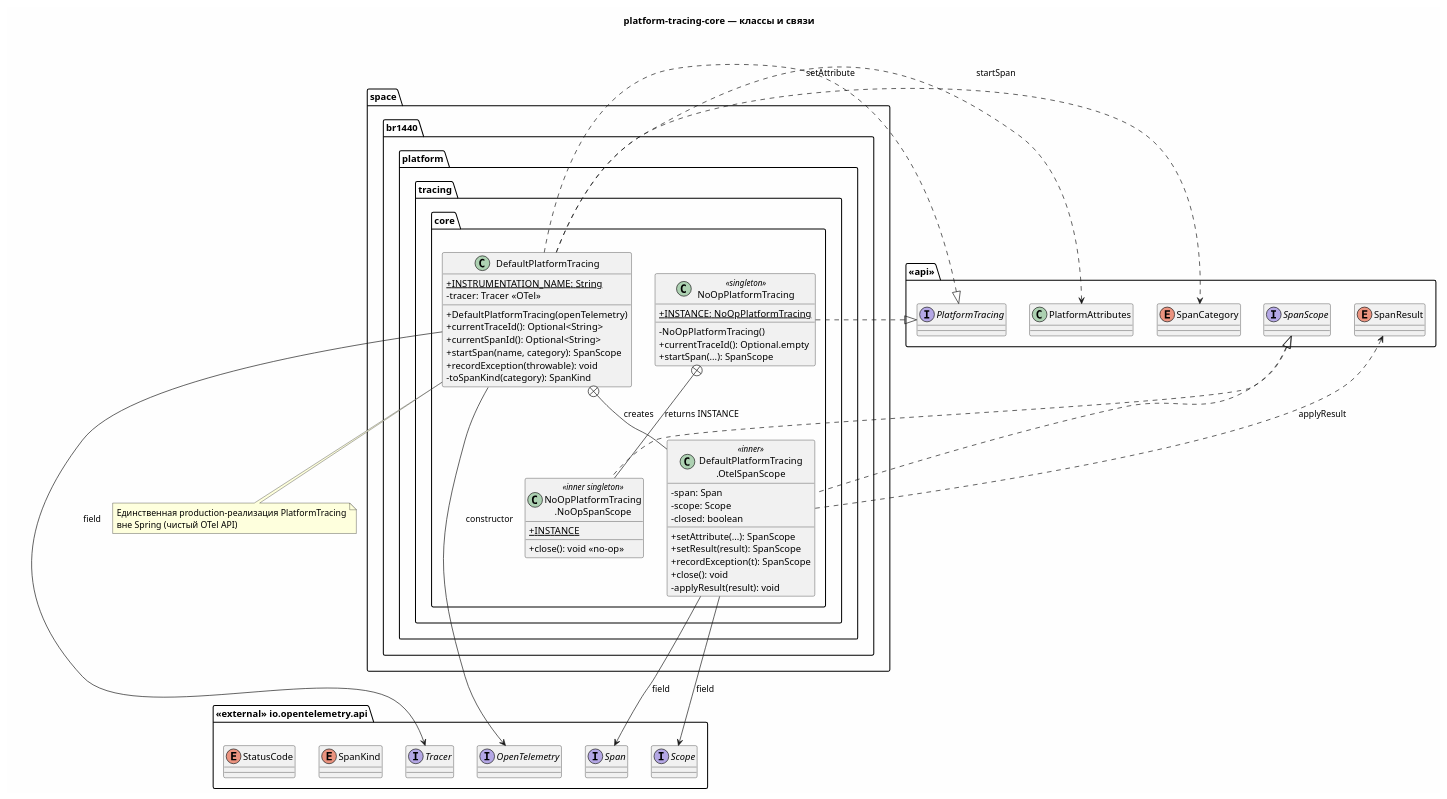
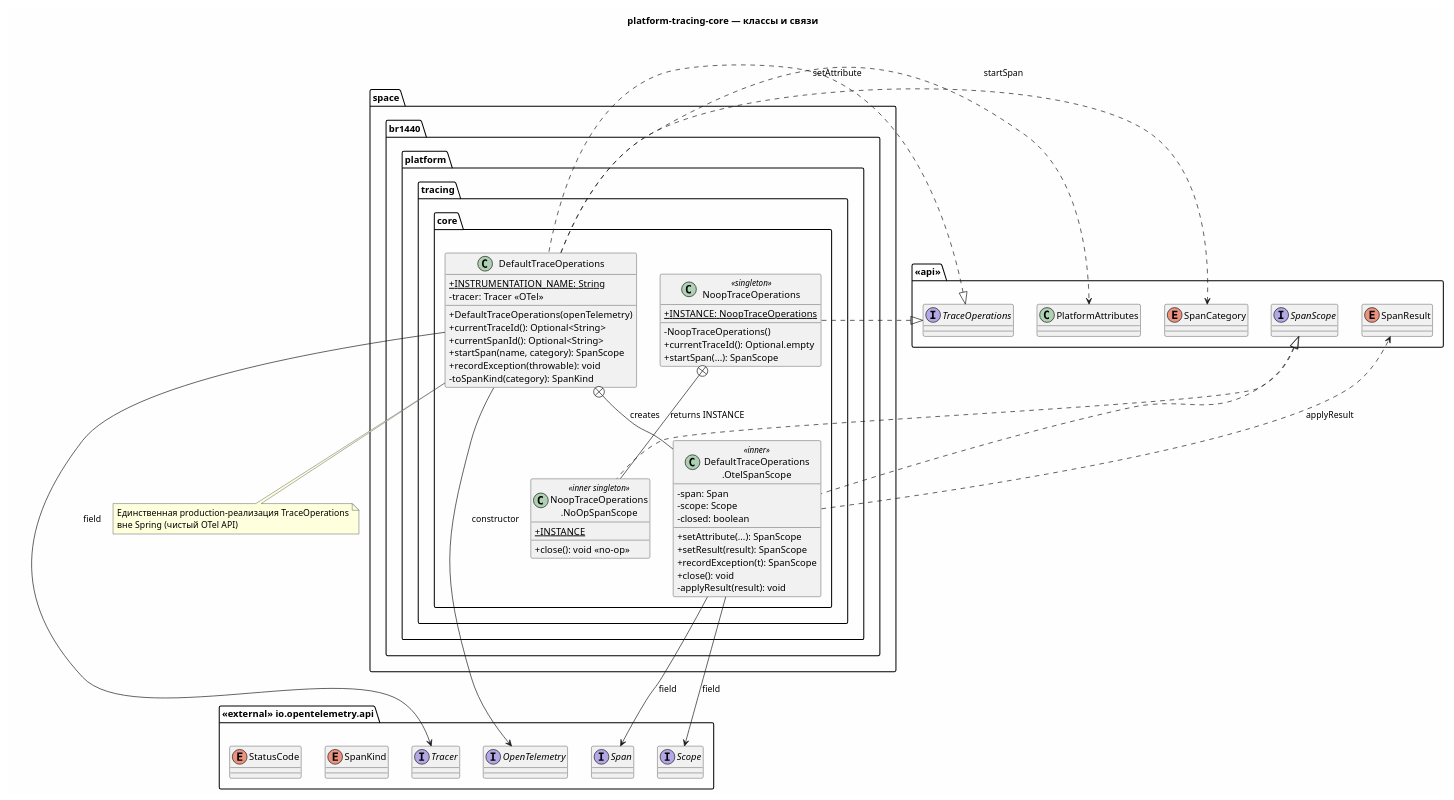
The third of 8 diagrams in docs/architecture/platform-tracing-classes.puml (andrew3008/EnglishDictionary), drawn with PlantUML before and after one commit. The commit also changed other lines of this file and 146 other files, not shown here.

Commit message:
refactor(api): rename root tracing facade to TraceOperations

```diff
--- a/docs/architecture/platform-tracing-classes.puml
+++ b/docs/architecture/platform-tracing-classes.puml
@@ -226,83 +226,83 @@
 @startuml platform-tracing-classes-02-core
 skinparam backgroundColor #FEFEFE
 skinparam shadowing false
 skinparam classAttributeIconSize 0
 skinparam defaultFontName "Segoe UI"
 
 title platform-tracing-core — классы и связи
 
 package "space.br1440.platform.tracing.core" {
-  class DefaultPlatformTracing {
+  class DefaultTraceOperations {
     {static} +INSTRUMENTATION_NAME: String
     -tracer: Tracer «OTel»
-    +DefaultPlatformTracing(openTelemetry)
+    +DefaultTraceOperations(openTelemetry)
     +currentTraceId(): Optional<String>
     +currentSpanId(): Optional<String>
     +startSpan(name, category): SpanScope
     +recordException(throwable): void
     -toSpanKind(category): SpanKind
   }
 
-  class "DefaultPlatformTracing\n.OtelSpanScope" as OtelSpanScope <<inner>> {
+  class "DefaultTraceOperations\n.OtelSpanScope" as OtelSpanScope <<inner>> {
     -span: Span
     -scope: Scope
     -closed: boolean
     +setAttribute(...): SpanScope
     +setResult(result): SpanScope
     +recordException(t): SpanScope
     +close(): void
     -applyResult(result): void
   }
 
-  class NoOpPlatformTracing <<singleton>> {
-    {static} +INSTANCE: NoOpPlatformTracing
-    -NoOpPlatformTracing()
+  class NoopTraceOperations <<singleton>> {
+    {static} +INSTANCE: NoopTraceOperations
+    -NoopTraceOperations()
     +currentTraceId(): Optional.empty
     +startSpan(...): SpanScope
   }
 
-  class "NoOpPlatformTracing\n.NoOpSpanScope" as NoOpSpanScope <<inner singleton>> {
+  class "NoopTraceOperations\n.NoOpSpanScope" as NoOpSpanScope <<inner singleton>> {
     {static} +INSTANCE
     +close(): void «no-op»
   }
 }
 
 package "«external» io.opentelemetry.api" as OTel {
   interface OpenTelemetry
   interface Tracer
   interface Span
   interface Scope
   enum SpanKind
   enum StatusCode
 }
 
 package "«api»" as API {
-  interface PlatformTracing
+  interface TraceOperations
   interface SpanScope
   enum SpanCategory
   enum SpanResult
   class PlatformAttributes
 }
 
-PlatformTracing <|.. DefaultPlatformTracing
-PlatformTracing <|.. NoOpPlatformTracing
+TraceOperations <|.. DefaultTraceOperations
+TraceOperations <|.. NoopTraceOperations
 SpanScope <|.. OtelSpanScope
 SpanScope <|.. NoOpSpanScope
 
-DefaultPlatformTracing +-- OtelSpanScope : «creates»
-NoOpPlatformTracing +-- NoOpSpanScope : «returns INSTANCE»
+DefaultTraceOperations +-- OtelSpanScope : «creates»
+NoopTraceOperations +-- NoOpSpanScope : «returns INSTANCE»
 
-DefaultPlatformTracing --> OpenTelemetry : constructor
-DefaultPlatformTracing --> Tracer : field
+DefaultTraceOperations --> OpenTelemetry : constructor
+DefaultTraceOperations --> Tracer : field
 OtelSpanScope --> Span : field
 OtelSpanScope --> Scope : field
-DefaultPlatformTracing ..> SpanCategory : startSpan
-DefaultPlatformTracing ..> PlatformAttributes : setAttribute
+DefaultTraceOperations ..> SpanCategory : startSpan
+DefaultTraceOperations ..> PlatformAttributes : setAttribute
 OtelSpanScope ..> SpanResult : applyResult
 
-note bottom of DefaultPlatformTracing
-  Единственная production-реализация PlatformTracing
+note bottom of DefaultTraceOperations
+  Единственная production-реализация TraceOperations
   вне Spring (чистый OTel API)
 end note
 
 @enduml
```
